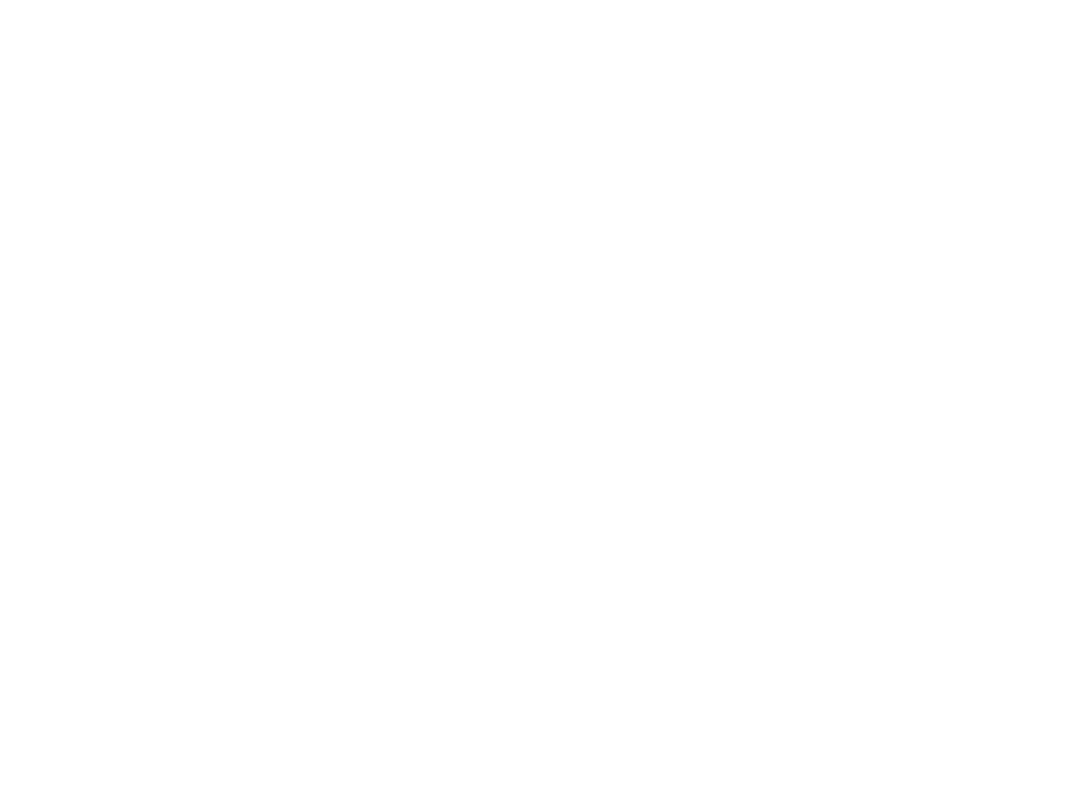
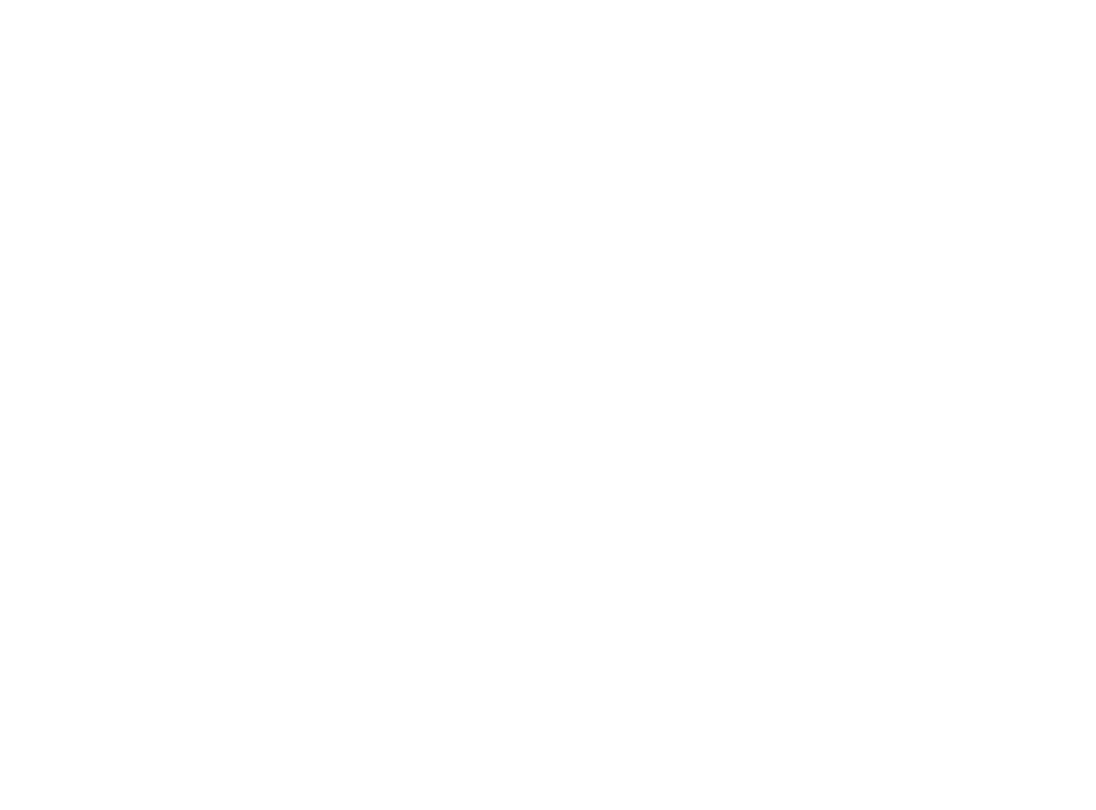
The diagram in stack_graph.dot (eraserhd/resume), drawn with Graphviz before and after one commit. The commit also changed 3 other files, not shown here.

```diff
--- a/stack_graph.dot
+++ b/stack_graph.dot
@@ -1,98 +1,102 @@
 digraph resume {
   rankdir=LR;
   dpi=300
   size="6,6!"
   node [
     shape=oval
     fontname="Fira Sans";
   ];
 
   subgraph cluster_goals {
     label = <F<FONT POINT-SIZE="17">OCUS</FONT>>;
     fontcolor="#112250";
     fontsize="20";
     fontname="Fira Sans";
 
     rank=same
     peripheries=0
-    "System Design"
-    "Nonviolence"
-    "Systems Theory"
     {
       rank=same
-      "System Design"
+      "Code"
       "Nonviolence"
-      "Systems Theory"
+      "Systems Theory & Design"
     }
   }
 
-  "Systems Theory" -> "Nonviolence"
-  "Systems Theory" -> "System Design"
+  "Systems Theory & Design" -> "Nonviolence"
+  "Systems Theory & Design" -> "Code"
 
   subgraph cluster_projects {
     label= <E<FONT POINT-SIZE="17">XPERIENCE</FONT>>;
     fontname="Fira Sans";
     fontcolor="#112250";
     fontsize="20";
     peripheries=0;
 
     node [
       fontname="Fira Sans Italic";
     ];
 
     "2U"
     "Groupon"
     "LeanDog"
     "Blue Frog Gaming"
     "Micros Retail"
     "Cronosys"
     "DataVantage"
   }
 
   subgraph cluster_stack {
     label = <S<FONT POINT-SIZE="17">KILLS</FONT>>;
     fontname="Fira Sans";
     fontcolor="#112250";
     fontsize="20";
     peripheries=0;
     "Written Communication";
     "Broad Brief";
     "Inception to Completion";
     "CI/CD";
     "React";
     "Node.js";
     "Large Scale/Production";
     "MySQL";
   }
 
-  // Connect Focus to Projects
-  "System Design" -> "Cronosys"
-  "System Design" -> "2U"
-  "System Design" -> "Groupon"
-  "System Design" -> "DataVantage"
-  "System Design" -> "Blue Frog Gaming"
+  "Code" -> "Cronosys"
+  "Code" -> "Groupon"
+  "Code" -> "2U"
+  "Code" -> "Micros Retail"
+  "Code" -> "LeanDog"
+  "Code" -> "Blue Frog Gaming"
+  "Code" -> "DataVantage"
+
+  "Systems Theory & Design" -> "Cronosys"
+  "Systems Theory & Design" -> "2U"
+  "Systems Theory & Design" -> "Groupon"
+  "Systems Theory & Design" -> "DataVantage"
+  "Systems Theory & Design" -> "Blue Frog Gaming"
 
   "Nonviolence" -> "Groupon"
   "Nonviolence" -> "2U"
   "Nonviolence" -> "Cronosys"
-  "Systems Theory" -> "2U"
-  "Systems Theory" -> "Micros Retail"
+  //"Systems Theory & Design" -> "2U"
+  "Systems Theory & Design" -> "Micros Retail"
     
   // Connect Projects to Stack
   "Cronosys" -> "Written Communication"
   "Cronosys" -> "Broad Brief"
   "Cronosys" -> "Inception to Completion"
   "2U" -> "Written Communication"
   "2U" -> "Inception to Completion"
   "2U" -> "React"
   "2U" -> "CI/CD"
   "LeanDog" -> "CI/CD"
   "Micros Retail" -> "CI/CD"
   "Groupon" -> "Written Communication"
   "Groupon" -> "Inception to Completion"
   "Groupon" -> "Broad Brief"
   "Groupon" -> "Node.js"
   "Groupon" -> "Large Scale/Production"
   "2U" -> "Large Scale/Production"
   "2U" -> "MySQL"
 }
```
